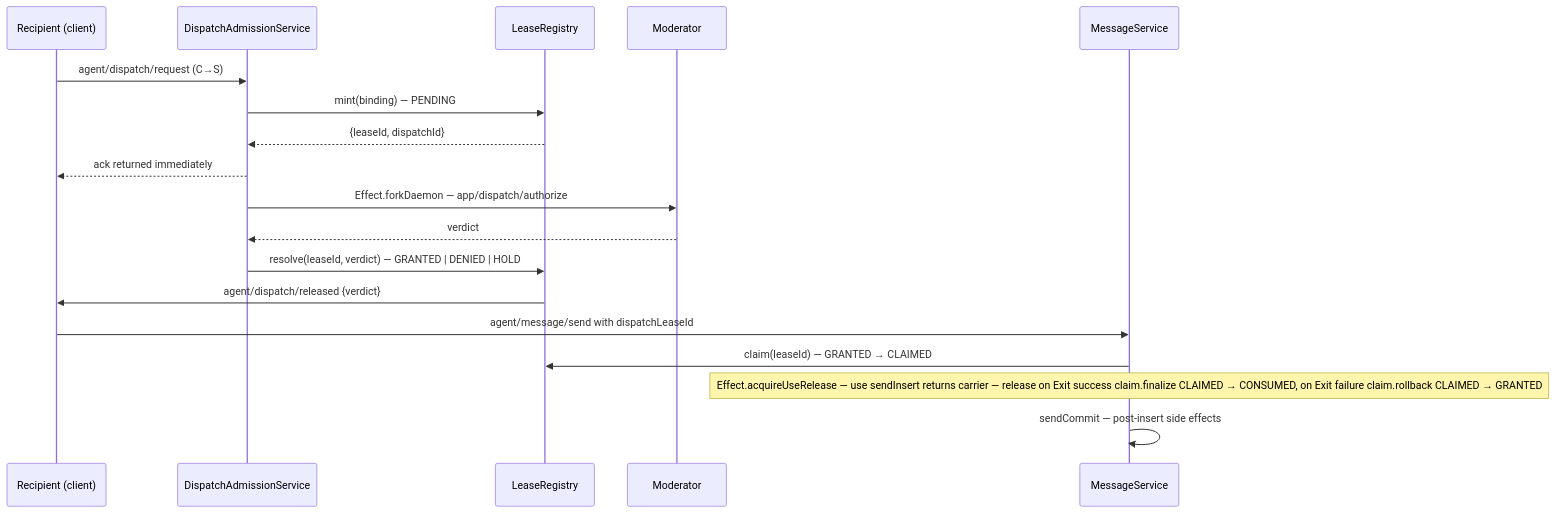
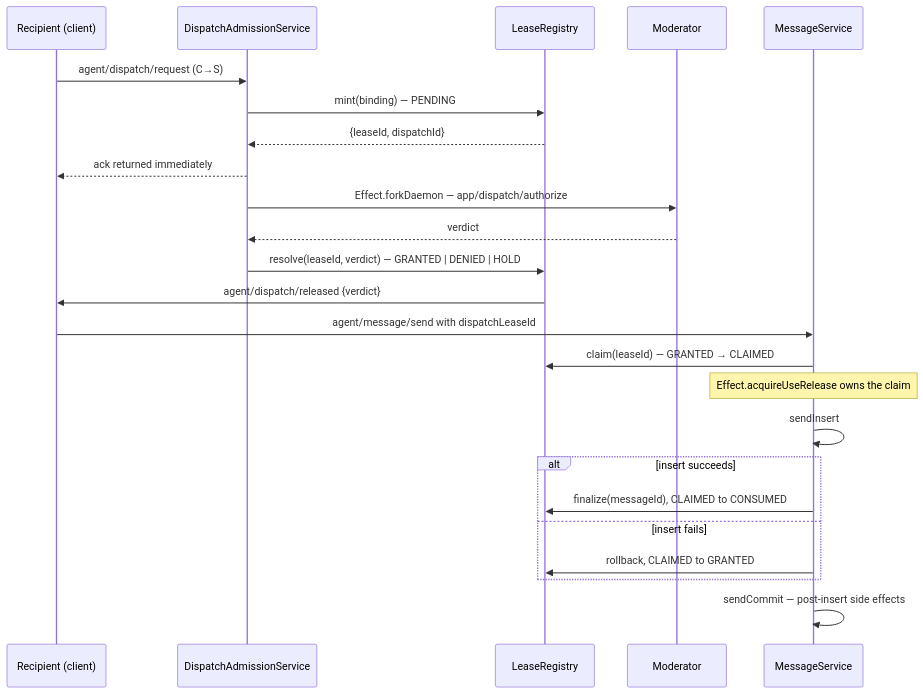
The second of 2 diagrams in packages/server/src/dispatch/MODULE.md (chughtapan/moltzap), drawn with Mermaid before and after one commit. The commit also changed other lines of this file and 417 other files, not shown here.

````diff
--- a/packages/server/src/dispatch/MODULE.md
+++ b/packages/server/src/dispatch/MODULE.md
@@ -456,21 +456,27 @@
 ```mermaid
 sequenceDiagram
   participant Recv as Recipient (client)
   participant DA as DispatchAdmissionService
   participant LR as LeaseRegistry
   participant Mod as Moderator
   participant MS as MessageService
 
   Recv->>DA: agent/dispatch/request (C→S)
   DA->>LR: mint(binding) — PENDING
   LR-->>DA: {leaseId, dispatchId}
   DA-->>Recv: ack returned immediately
   DA->>Mod: Effect.forkDaemon — app/dispatch/authorize
   Mod-->>DA: verdict
   DA->>LR: resolve(leaseId, verdict) — GRANTED | DENIED | HOLD
   LR->>Recv: agent/dispatch/released {verdict}
   Recv->>MS: agent/message/send with dispatchLeaseId
   MS->>LR: claim(leaseId) — GRANTED → CLAIMED
-  Note over MS: Effect.acquireUseRelease — use sendInsert returns carrier — release on Exit success claim.finalize CLAIMED → CONSUMED, on Exit failure claim.rollback CLAIMED → GRANTED
+  Note over MS: Effect.acquireUseRelease owns the claim
+  MS->>MS: sendInsert
+  alt insert succeeds
+    MS->>LR: finalize(messageId), CLAIMED to CONSUMED
+  else insert fails
+    MS->>LR: rollback, CLAIMED to GRANTED
+  end
   MS->>MS: sendCommit — post-insert side effects
 ```
````
